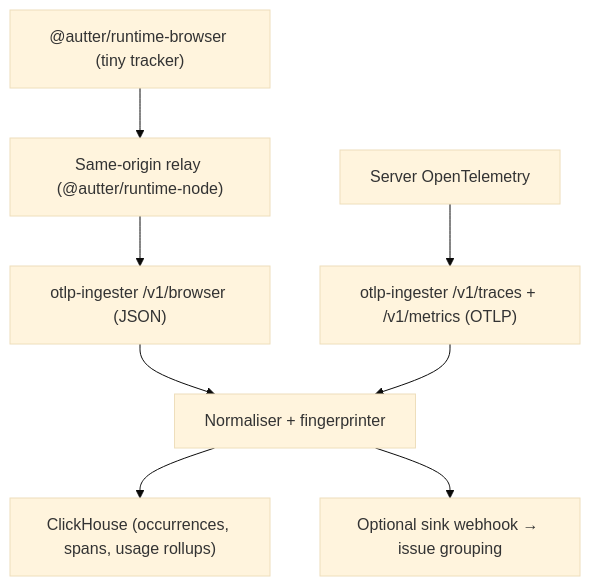
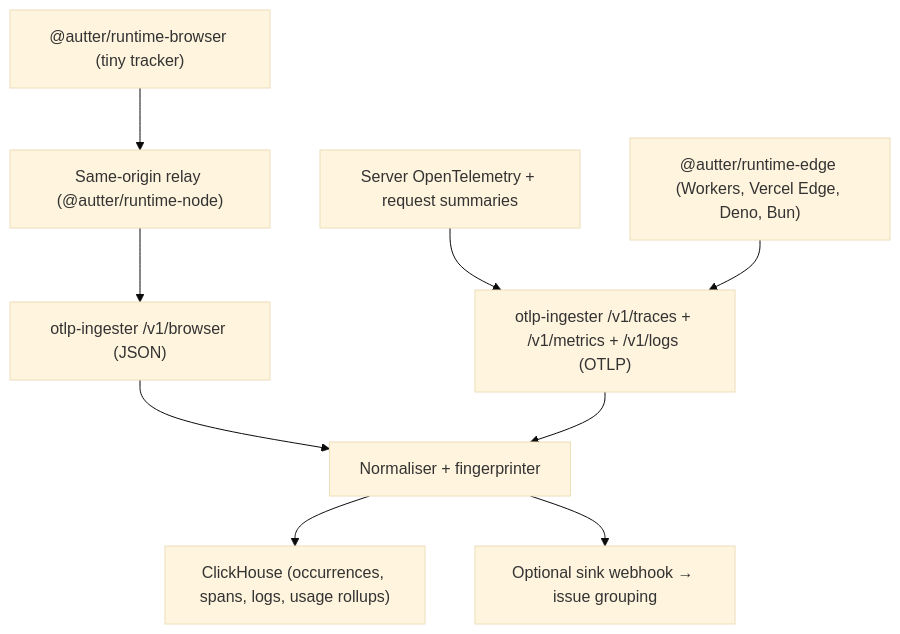
One commit to Autter-dev/autter-runtime changed the diagram in README.md. Above: the diagram before and after it, drawn with Mermaid (base theme). The commit also changed other lines of this file and 95 other files, not shown here.

First line of the commit message:
Request summaries, coded errors and edge SDK (Runtime 1.5.0) (#25)

````diff
--- a/README.md
+++ b/README.md
@@ -12,10 +12,11 @@
 ```mermaid
 flowchart TD
     A["@autter/runtime-browser (tiny tracker)"] --> B["Same-origin relay (@autter/runtime-node)"]
     B --> D["otlp-ingester /v1/browser (JSON)"]
-    C["Server OpenTelemetry"] --> E["otlp-ingester /v1/traces + /v1/metrics (OTLP)"]
+    C["Server OpenTelemetry + request summaries"] --> E["otlp-ingester /v1/traces + /v1/metrics + /v1/logs (OTLP)"]
+    I["@autter/runtime-edge (Workers, Vercel Edge, Deno, Bun)"] --> E
     D --> F["Normaliser + fingerprinter"]
     E --> F
-    F --> G["ClickHouse (occurrences, spans, usage rollups)"]
+    F --> G["ClickHouse (occurrences, spans, logs, usage rollups)"]
     F --> H["Optional sink webhook → issue grouping"]
 ```
````
